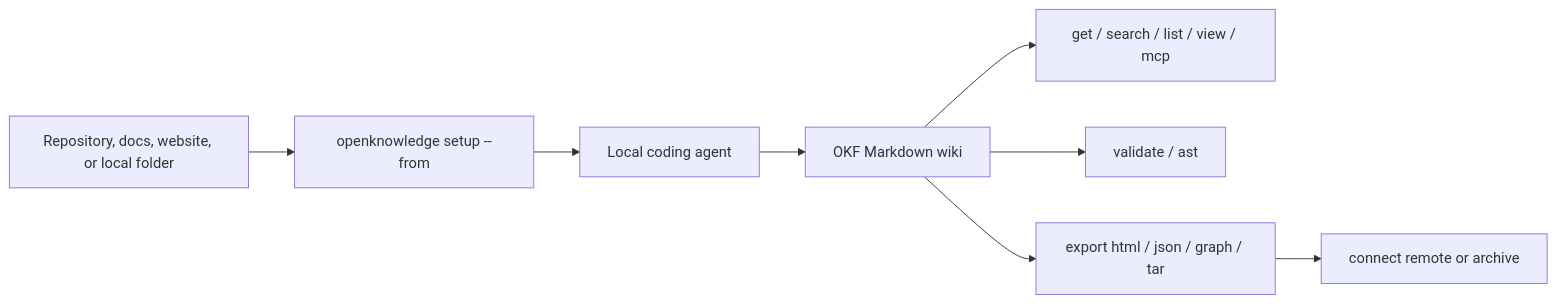
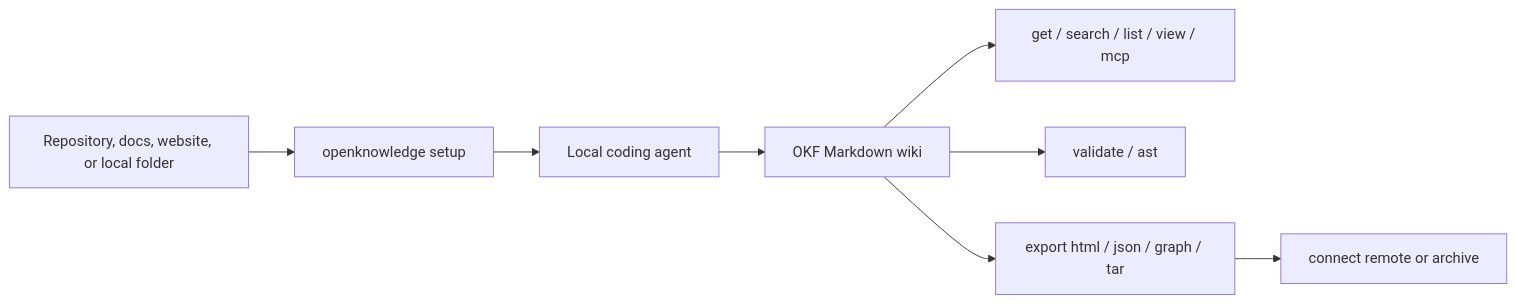
The diagram in README.md (openknowledge-sh/openknowledge), drawn with Mermaid before and after one commit. The commit also changed other lines of this file and 45 other files, not shown here.

````diff
--- a/README.md
+++ b/README.md
@@ -81,10 +81,10 @@
 ```mermaid
 flowchart LR
-  Source["Repository, docs, website, or local folder"] --> Setup["openknowledge setup --from"]
+  Source["Repository, docs, website, or local folder"] --> Setup["openknowledge setup"]
   Setup --> Agent["Local coding agent"]
   Agent --> Wiki["OKF Markdown wiki"]
   Wiki --> Use["get / search / list / view / mcp"]
   Wiki --> Check["validate / ast"]
   Wiki --> Publish["export html / json / graph / tar"]
   Publish --> Connect["connect remote or archive"]
 ```
````
